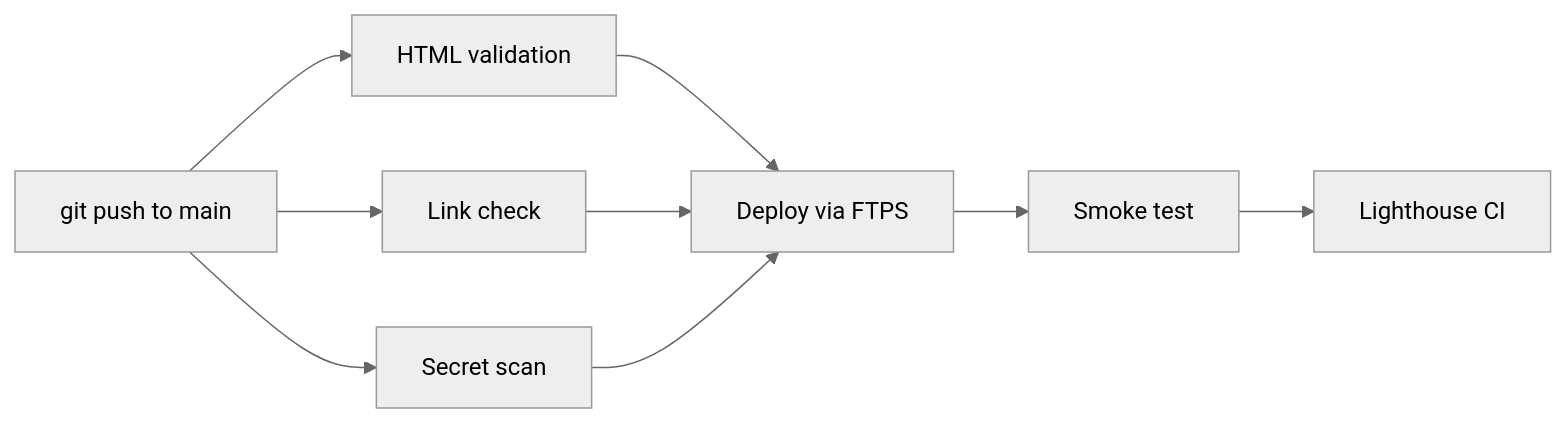
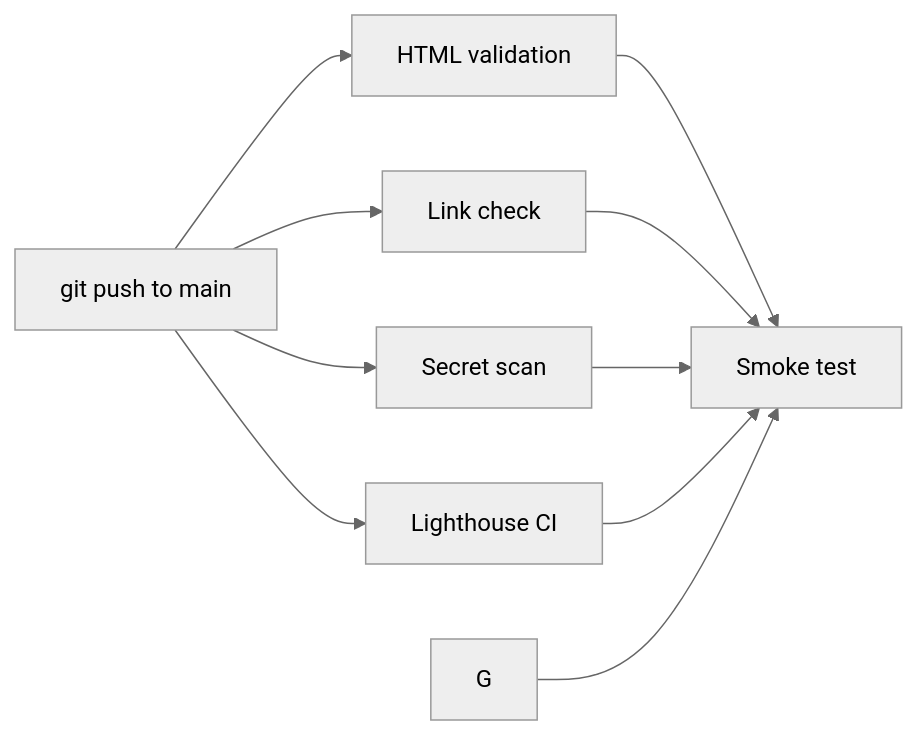
One commit to gomslhi/projectgomsil-resume changed the diagram in README.md. Above: the diagram before and after it, drawn with Mermaid (neutral theme). The commit also changed other lines of this file and 1 other file, not shown here.

Commit message:
fix readme dan index.html

````diff
--- a/README.md
+++ b/README.md
@@ -11,9 +11,9 @@
 ```mermaid
 flowchart LR
   A[git push to main] --> B[HTML validation]
   A --> C[Link check]
   A --> D[Secret scan]
-  B & C & D --> E[Deploy via FTPS]
-  E --> F[Smoke test]
-  F --> G[Lighthouse CI]
+  A --> E[Lighthouse CI]
+  B & C & D & E --> F[Deploy via FTPS]
+  G --> F[Smoke test]
 ```
````
